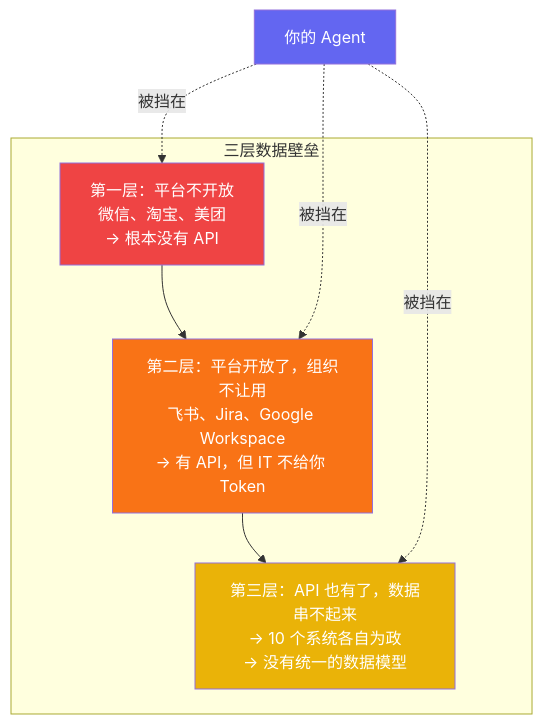
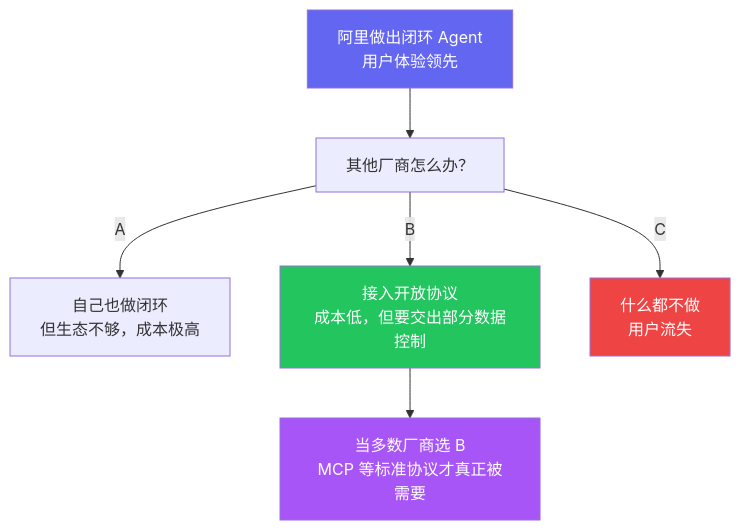
One commit to Trashwbin/quill changed the seventh of 8 diagrams in content/zh/posts/visual-vs-api-permission.md. Above: the diagram before and after it, drawn with Mermaid. The commit also changed other lines of this file and 5 other files, not shown here.

````diff
--- a/content/zh/posts/visual-vs-api-permission.md
+++ b/content/zh/posts/visual-vs-api-permission.md
@@ -151,22 +190,17 @@
 ```mermaid
 graph TB
-    subgraph "三层数据壁垒"
-        Wall1["第一层：平台不开放<br/>微信、淘宝、美团<br/>→ 根本没有 API"]
-        
-        Wall2["第二层：平台开放了，组织不让用<br/>飞书、Jira、Google Workspace<br/>→ 有 API，但 IT 不给你 Token"]
-        
-        Wall3["第三层：API 也有了，数据串不起来<br/>→ 10 个系统各自为政<br/>→ 没有统一的数据模型"]
-    end
+    Ali["阿里做出闭环 Agent<br/>用户体验领先"]
     
-    Wall1 --> Wall2 --> Wall3
+    Ali --> Choice["其他厂商怎么办？"]
     
-    Agent["你的 Agent"]
-    Agent -.->|"被挡在"| Wall1
-    Agent -.->|"被挡在"| Wall2
-    Agent -.->|"被挡在"| Wall3
+    Choice -->|"A"| Self["自己也做闭环<br/>但生态不够，成本极高"]
+    Choice -->|"B"| Open["接入开放协议<br/>成本低，但要交出部分数据控制"]
+    Choice -->|"C"| Nothing["什么都不做<br/>用户流失"]
     
-    style Wall1 fill:#ef4444,color:#fff
-    style Wall2 fill:#f97316,color:#fff
-    style Wall3 fill:#eab308,color:#fff
-    style Agent fill:#6366f1,color:#fff
+    Open --> Result["当多数厂商选 B<br/>MCP 等标准协议才真正被需要"]
+    
+    style Ali fill:#6366f1,color:#fff
+    style Open fill:#22c55e,color:#fff
+    style Nothing fill:#ef4444,color:#fff
+    style Result fill:#a855f7,color:#fff
 ```
````
